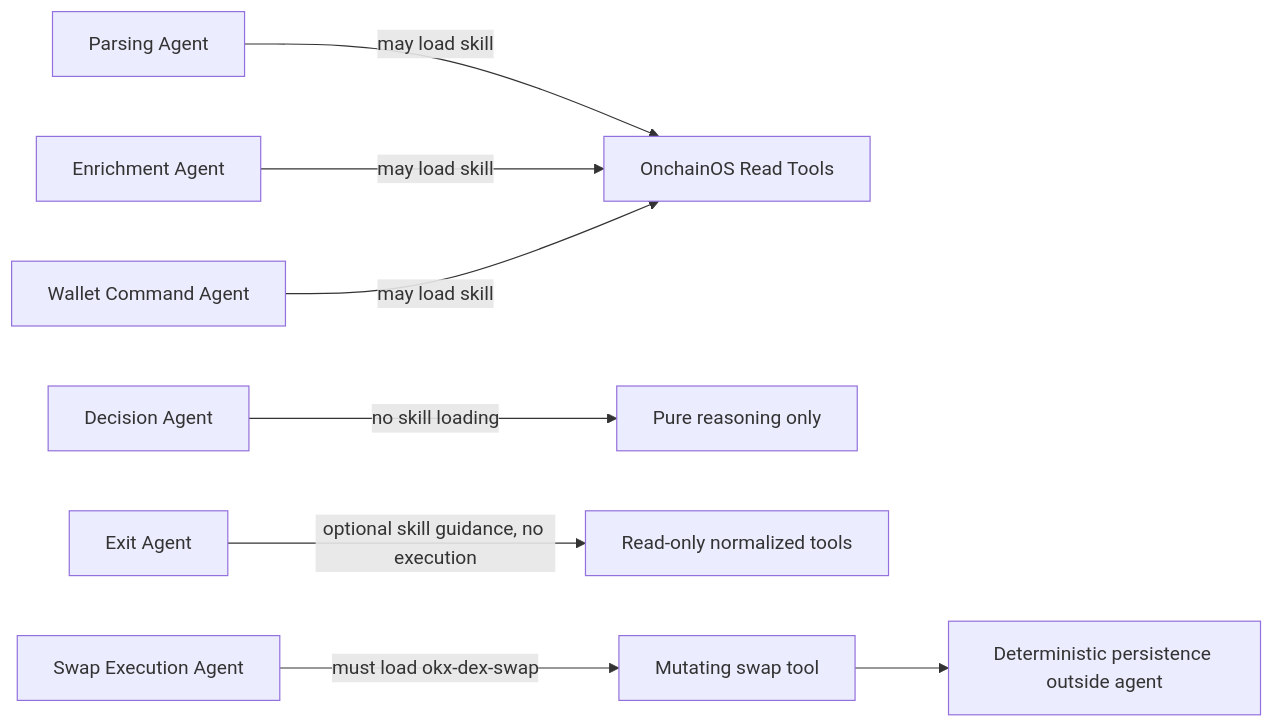
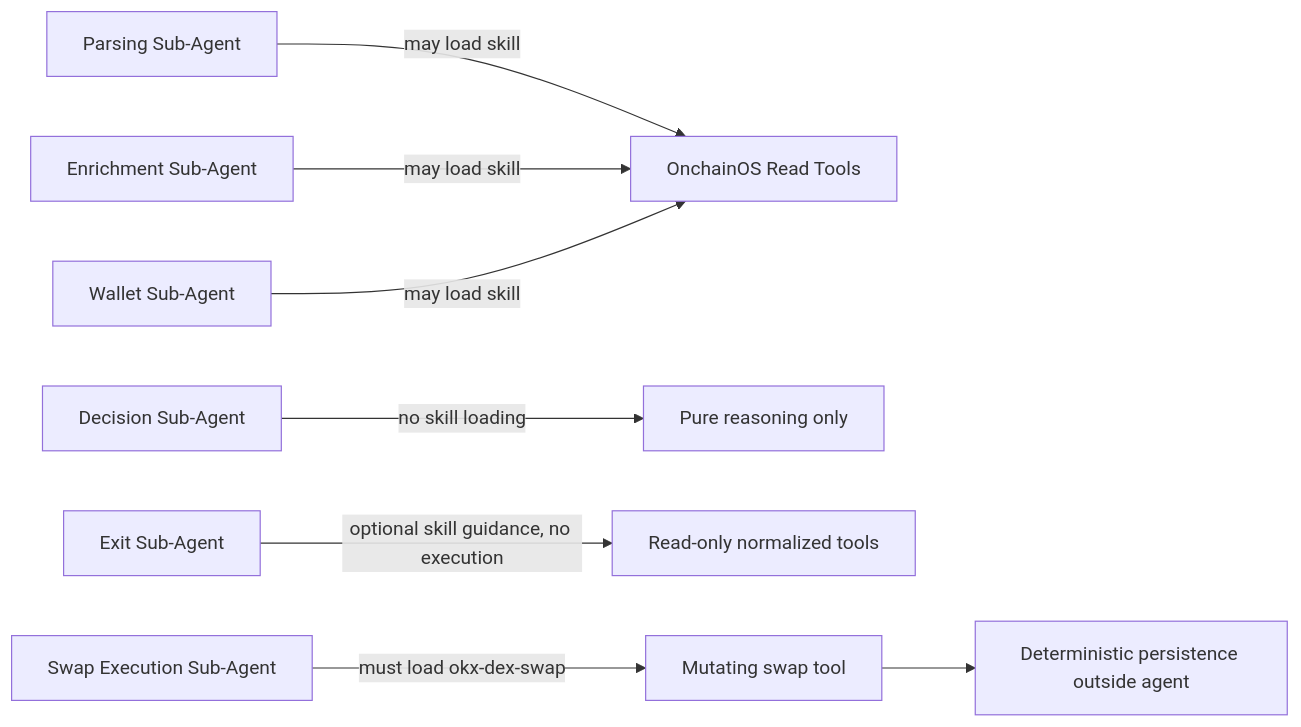
The eighth of 8 diagrams in architecture/agent-skill-runtime.md (gist-kol-copy-trade-agent/agent-system), drawn with Mermaid before and after one commit. The commit also changed other lines of this file and 7 other files, not shown here.

````diff
--- a/architecture/agent-skill-runtime.md
+++ b/architecture/agent-skill-runtime.md
@@ -251,10 +251,10 @@
 ```mermaid
 flowchart LR
-    A[Parsing Agent] -->|may load skill| B[OnchainOS Read Tools]
-    C[Enrichment Agent] -->|may load skill| B
-    D[Wallet Command Agent] -->|may load skill| B
-    E[Decision Agent] -->|no skill loading| F[Pure reasoning only]
-    G[Exit Agent] -->|optional skill guidance, no execution| H[Read-only normalized tools]
-    I[Swap Execution Agent] -->|must load okx-dex-swap| J[Mutating swap tool]
+    A[Parsing Sub-Agent] -->|may load skill| B[OnchainOS Read Tools]
+    C[Enrichment Sub-Agent] -->|may load skill| B
+    D[Wallet Sub-Agent] -->|may load skill| B
+    E[Decision Sub-Agent] -->|no skill loading| F[Pure reasoning only]
+    G[Exit Sub-Agent] -->|optional skill guidance, no execution| H[Read-only normalized tools]
+    I[Swap Execution Sub-Agent] -->|must load okx-dex-swap| J[Mutating swap tool]
     J --> K[Deterministic persistence outside agent]
 ```
````
